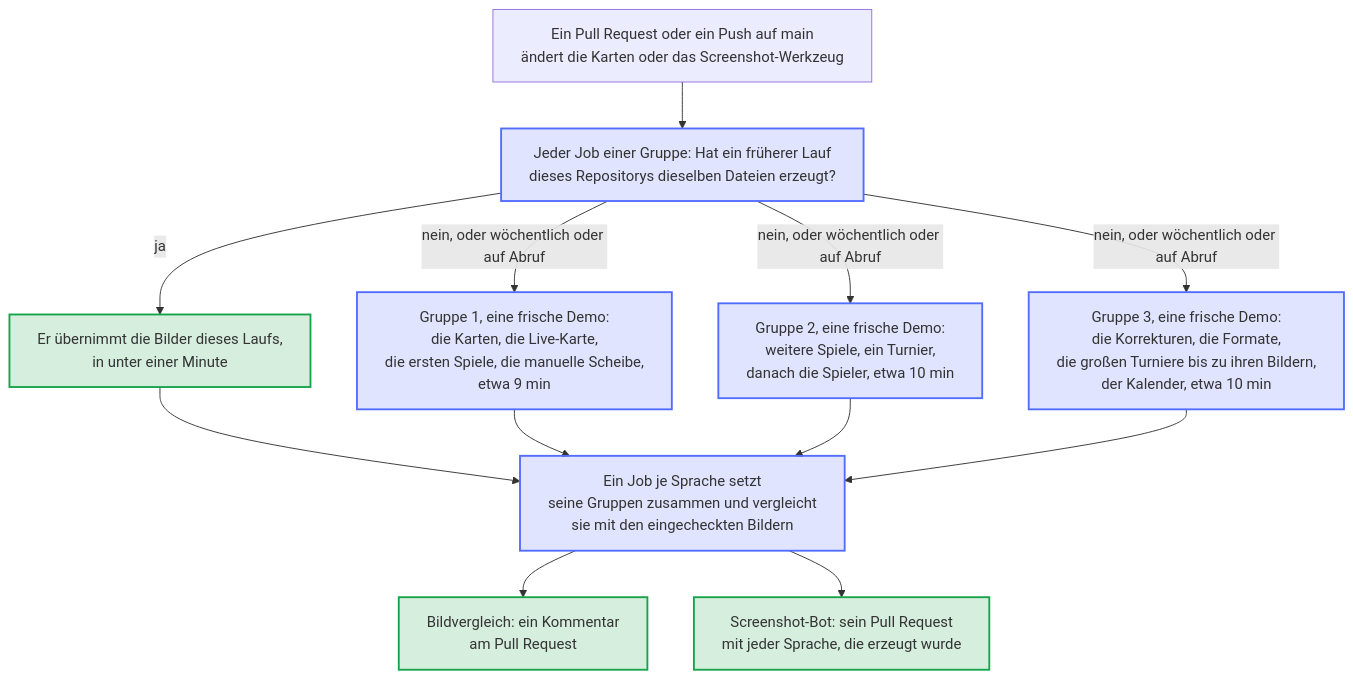
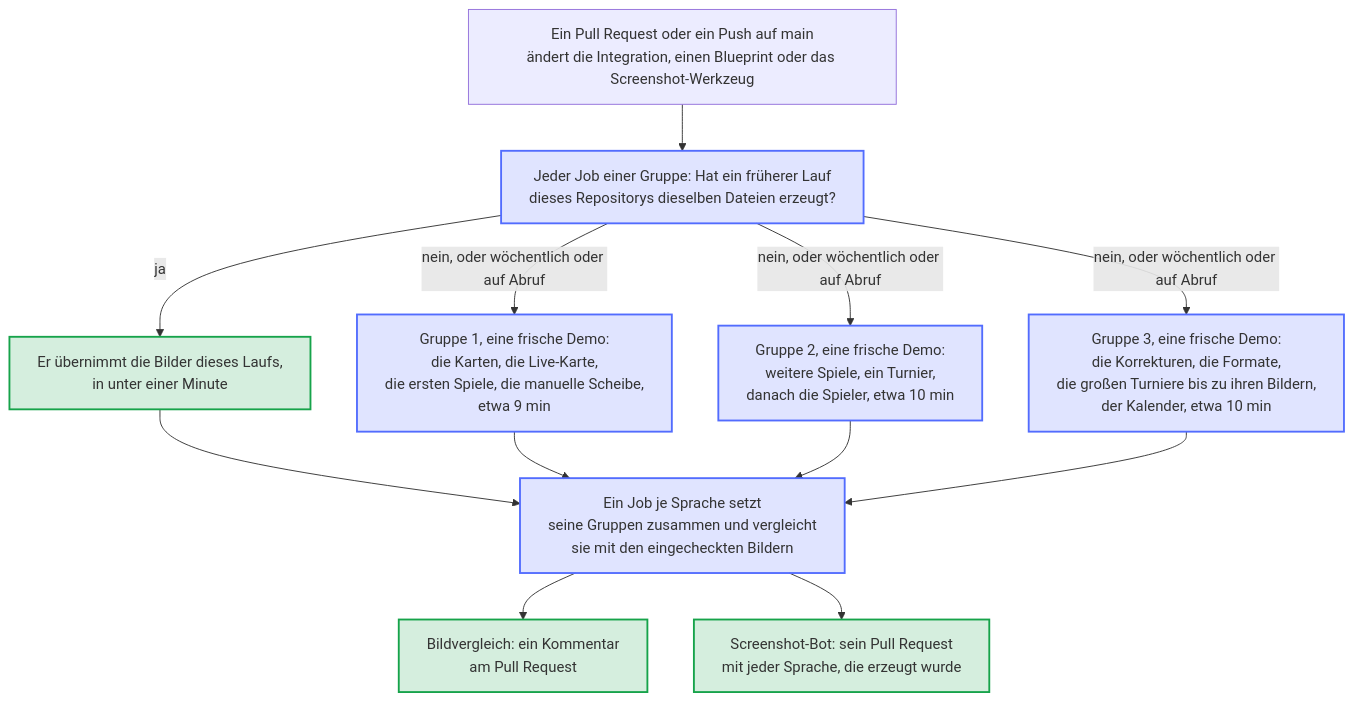
Before and after one commit to Dennis-Otto/homedarts-for-autodarts: the diagram in docs/diagrams/screenshot-groups.de.mmd, drawn with Mermaid. The commit also changed 12 other files, not shown here.

First line of the commit message:
ci: start the visual check and the screenshot bot for integration and blueprint changes (#534)

```diff
--- a/docs/diagrams/screenshot-groups.de.mmd
+++ b/docs/diagrams/screenshot-groups.de.mmd
@@ -1,24 +1,24 @@
 ---
 config:
   flowchart:
     wrappingWidth: 400
 ---
 flowchart TB
   accTitle: Wie Bildvergleich und Screenshot-Bot die Bilder in Gruppen erzeugen
   accDescr: Jede Sprache wird in drei Gruppen gleichzeitig erzeugt, jede Gruppe auf einem eigenen Runner. Zuerst sucht jeder Job einer Gruppe einen früheren Lauf des Bildvergleichs oder des Screenshot-Bots auf einem Branch dieses Repositorys, der dieselben Dateien erzeugt hat; dessen Bilder übernimmt er in unter einer Minute. Sonst erzeugt er sie aus einer frischen Demo. Die Karten, die ersten Spiele und die Dartscheibe ohne Autodarts bilden Gruppe 1, weitere Spiele mit den Spielern Gruppe 2, die Korrekturen eines Darts, die Formate, die großen Turniere und der Kalender Gruppe 3. Danach setzt ein Job je Sprache die Bilder seiner drei Gruppen zusammen und vergleicht sie mit den eingecheckten Bildern. Der Bildvergleich schreibt den Vergleich in einen Kommentar am Pull Request; der Screenshot-Bot aktualisiert seinen Pull Request mit jeder Sprache, die erzeugt wurde.
 
-  START["Ein Pull Request oder ein Push auf main<br/>ändert die Karten oder das Screenshot-Werkzeug"] --> KEY
+  START["Ein Pull Request oder ein Push auf main<br/>ändert die Integration, einen Blueprint oder das Screenshot-Werkzeug"] --> KEY
   KEY["Jeder Job einer Gruppe: Hat ein früherer Lauf<br/>dieses Repositorys dieselben Dateien erzeugt?"]
   KEY -->|"ja"| TAKE["Er übernimmt die Bilder dieses Laufs,<br/>in unter einer Minute"]
   KEY -->|"nein, oder wöchentlich oder auf Abruf"| G1 & G2 & G3
   G1["Gruppe 1, eine frische Demo:<br/>die Karten, die Live-Karte,<br/>die ersten Spiele, die manuelle Scheibe,<br/>etwa 9 min"]
   G2["Gruppe 2, eine frische Demo:<br/>weitere Spiele, ein Turnier,<br/>danach die Spieler, etwa 10 min"]
   G3["Gruppe 3, eine frische Demo:<br/>die Korrekturen, die Formate,<br/>die großen Turniere bis zu ihren Bildern,<br/>der Kalender, etwa 10 min"]
   TAKE & G1 & G2 & G3 --> COLLECT["Ein Job je Sprache setzt<br/>seine Gruppen zusammen und vergleicht<br/>sie mit den eingecheckten Bildern"]
   COLLECT --> COMMENT["Bildvergleich: ein Kommentar<br/>am Pull Request"]
   COLLECT --> BOT["Screenshot-Bot: sein Pull Request<br/>mit jeder Sprache, die erzeugt wurde"]
 
   classDef bot fill:#526cfe2e,stroke:#526cfe,stroke-width:2px
   classDef done fill:#16a34a2e,stroke:#16a34a,stroke-width:2px
   class KEY,G1,G2,G3,COLLECT bot
   class TAKE,COMMENT,BOT done
```
